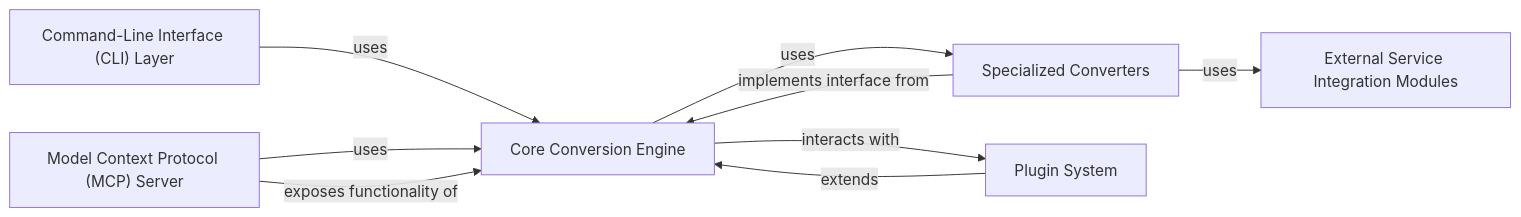
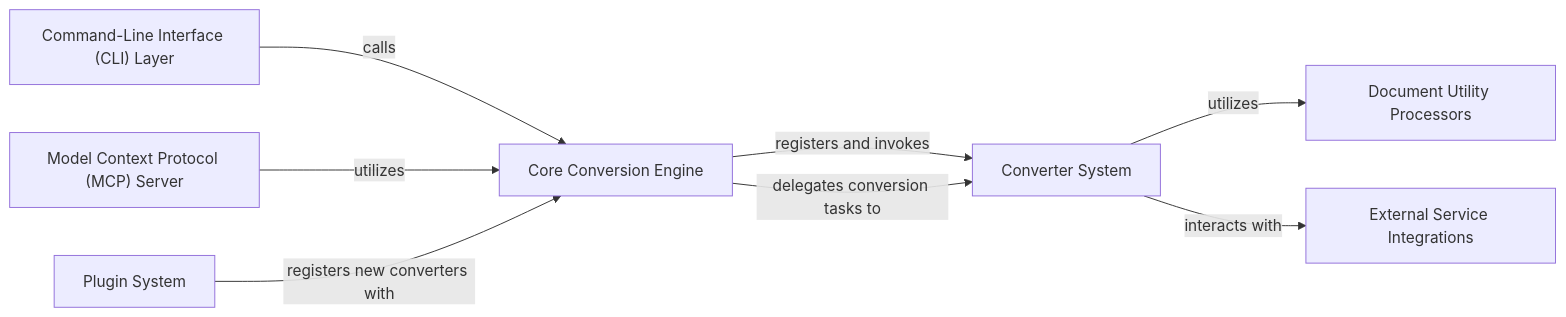
One commit to CodeBoarding/GeneratedOnBoardings changed the diagram in markitdown/on_boarding.md. Above: the diagram before and after it, drawn with Mermaid. The commit also changed other lines of this file and 7 other files, not shown here.

````diff
--- a/markitdown/on_boarding.md
+++ b/markitdown/on_boarding.md
@@ -1,17 +1,24 @@
 ```mermaid
 graph LR
     Core_Conversion_Engine["Core Conversion Engine"]
-    Specialized_Converters["Specialized Converters"]
+    Converter_System["Converter System"]
+    External_Service_Integrations["External Service Integrations"]
+    Document_Utility_Processors["Document Utility Processors"]
+    Plugin_System["Plugin System"]
     Command_Line_Interface_CLI_Layer["Command-Line Interface (CLI) Layer"]
-    Plugin_System["Plugin System"]
     Model_Context_Protocol_MCP_Server["Model Context Protocol (MCP) Server"]
-    External_Service_Integration_Modules["External Service Integration Modules"]
-    Core_Conversion_Engine -- "uses" --> Specialized_Converters
-    Core_Conversion_Engine -- "interacts with" --> Plugin_System
-    Specialized_Converters -- "implements interface from" --> Core_Conversion_Engine
-    Specialized_Converters -- "uses" --> External_Service_Integration_Modules
-    Command_Line_Interface_CLI_Layer -- "uses" --> Core_Conversion_Engine
-    Model_Context_Protocol_MCP_Server -- "uses" --> Core_Conversion_Engine
-    Model_Context_Protocol_MCP_Server -- "exposes functionality of" --> Core_Conversion_Engine
-    Plugin_System -- "extends" --> Core_Conversion_Engine
+    Command_Line_Interface_CLI_Layer -- "calls" --> Core_Conversion_Engine
+    Model_Context_Protocol_MCP_Server -- "utilizes" --> Core_Conversion_Engine
+    Core_Conversion_Engine -- "registers and invokes" --> Converter_System
+    Core_Conversion_Engine -- "delegates conversion tasks to" --> Converter_System
+    Converter_System -- "utilizes" --> Document_Utility_Processors
+    Converter_System -- "interacts with" --> External_Service_Integrations
+    Plugin_System -- "registers new converters with" --> Core_Conversion_Engine
+    click Core_Conversion_Engine href "https://github.com/CodeBoarding/GeneratedOnBoardings/blob/main/markitdown/Core_Conversion_Engine.md" "Details"
+    click Converter_System href "https://github.com/CodeBoarding/GeneratedOnBoardings/blob/main/markitdown/Converter_System.md" "Details"
+    click External_Service_Integrations href "https://github.com/CodeBoarding/GeneratedOnBoardings/blob/main/markitdown/External_Service_Integrations.md" "Details"
+    click Document_Utility_Processors href "https://github.com/CodeBoarding/GeneratedOnBoardings/blob/main/markitdown/Document_Utility_Processors.md" "Details"
+    click Plugin_System href "https://github.com/CodeBoarding/GeneratedOnBoardings/blob/main/markitdown/Plugin_System.md" "Details"
+    click Command_Line_Interface_CLI_Layer href "https://github.com/CodeBoarding/GeneratedOnBoardings/blob/main/markitdown/Command_Line_Interface_CLI_Layer.md" "Details"
+    click Model_Context_Protocol_MCP_Server href "https://github.com/CodeBoarding/GeneratedOnBoardings/blob/main/markitdown/Model_Context_Protocol_MCP_Server.md" "Details"
 ```
````
